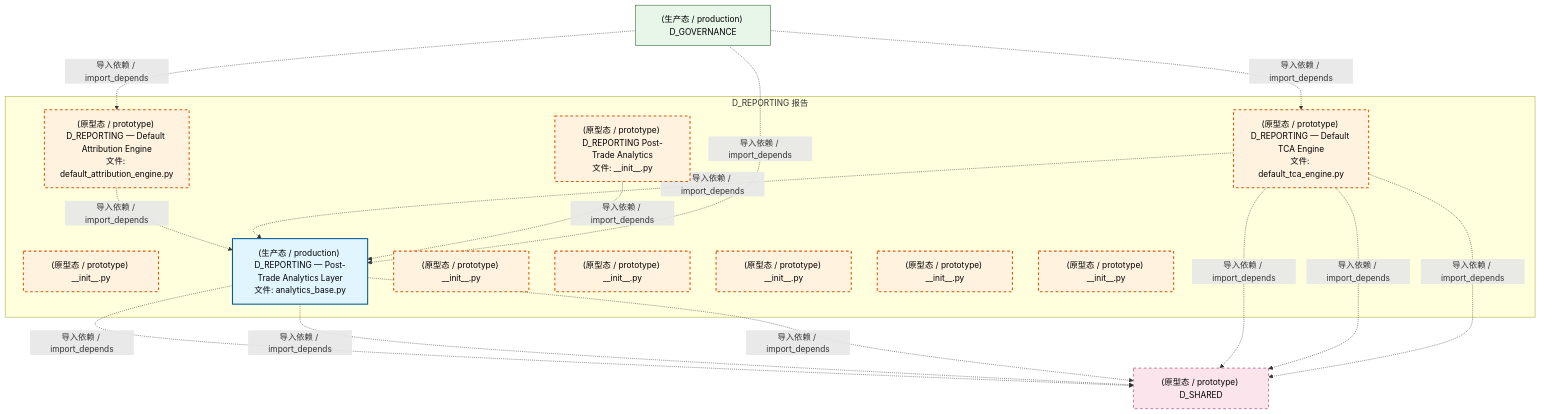
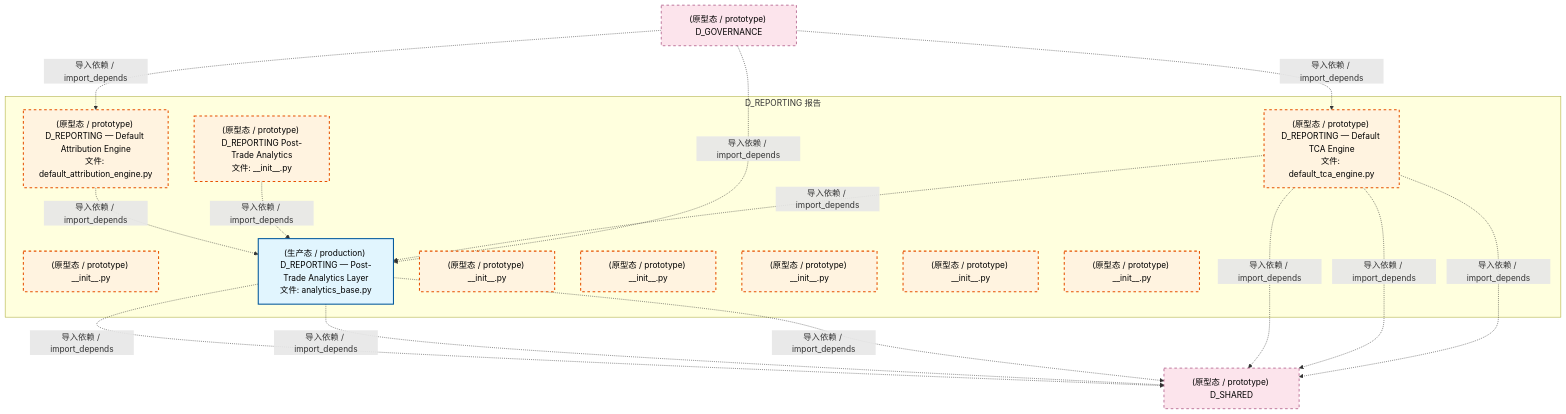
One commit to xuanFelixVan/ZephyrAlpha changed the first of 4 diagrams in docs/02_enterprise_architecture/02_domain_architecture_docs/16_d_reporting.md. Above: the diagram before and after it, drawn with Mermaid. The commit also changed other lines of this file and 99 other files, not shown here.

````diff
--- a/docs/02_enterprise_architecture/02_domain_architecture_docs/16_d_reporting.md
+++ b/docs/02_enterprise_architecture/02_domain_architecture_docs/16_d_reporting.md
@@ -73,37 +73,36 @@
 ```mermaid
 graph TD
     subgraph D_REPORTING["D_REPORTING 报告"]
         src_zephyr_reporting_init_py["(原型态 / prototype) D_REPORTING Post-Trade Analytics<br/>文件: __init__.py"]
         src_zephyr_reporting_extensions_init_py["(原型态 / prototype) __init__.py"]
         src_zephyr_reporting_analytics_base_py["(生产态 / production) D_REPORTING — Post-Trade Analytics Layer<br/>文件: analytics_base.py"]
         src_zephyr_reporting_api_init_py["(原型态 / prototype) __init__.py"]
         src_zephyr_reporting_core_init_py["(原型态 / prototype) __init__.py"]
         src_zephyr_reporting_default_attribution_engine_py["(原型态 / prototype) D_REPORTING — Default Attribution Engine<br/>文件: default_attribution_engine.py"]
         src_zephyr_reporting_default_tca_engine_py["(原型态 / prototype) D_REPORTING — Default TCA Engine<br/>文件: default_tca_engine.py"]
         src_zephyr_reporting_infrastructure_init_py["(原型态 / prototype) __init__.py"]
         src_zephyr_reporting_models_init_py["(原型态 / prototype) __init__.py"]
         src_zephyr_reporting_services_init_py["(原型态 / prototype) __init__.py"]
     end
     src_zephyr_reporting_default_attribution_engine_py -.->|导入依赖 / import_depends| src_zephyr_reporting_analytics_base_py
+    src_zephyr_reporting_init_py -.->|导入依赖 / import_depends| src_zephyr_reporting_analytics_base_py
     src_zephyr_reporting_default_tca_engine_py -.->|导入依赖 / import_depends| src_zephyr_reporting_analytics_base_py
-    src_zephyr_reporting_init_py -.->|导入依赖 / import_depends| src_zephyr_reporting_analytics_base_py
     D_SHARED["(原型态 / prototype) D_SHARED"]
     src_zephyr_reporting_analytics_base_py -.->|导入依赖 / import_depends| D_SHARED
     src_zephyr_reporting_analytics_base_py -.->|导入依赖 / import_depends| D_SHARED
     src_zephyr_reporting_analytics_base_py -.->|导入依赖 / import_depends| D_SHARED
     src_zephyr_reporting_default_tca_engine_py -.->|导入依赖 / import_depends| D_SHARED
     src_zephyr_reporting_default_tca_engine_py -.->|导入依赖 / import_depends| D_SHARED
     src_zephyr_reporting_default_tca_engine_py -.->|导入依赖 / import_depends| D_SHARED
-    D_GOVERNANCE["(生产态 / production) D_GOVERNANCE"]
+    D_GOVERNANCE["(原型态 / prototype) D_GOVERNANCE"]
+    D_GOVERNANCE -.->|导入依赖 / import_depends| src_zephyr_reporting_default_attribution_engine_py
     D_GOVERNANCE -.->|导入依赖 / import_depends| src_zephyr_reporting_default_tca_engine_py
-    D_GOVERNANCE -.->|导入依赖 / import_depends| src_zephyr_reporting_default_attribution_engine_py
     D_GOVERNANCE -.->|导入依赖 / import_depends| src_zephyr_reporting_analytics_base_py
     classDef production fill:#e1f5fe,stroke:#01579b,stroke-width:2px,color:#000
     classDef design fill:#fff3e0,stroke:#e65100,stroke-width:2px,color:#000,stroke-dasharray: 5 5
     classDef external_prod fill:#e8f5e9,stroke:#1b5e20,stroke-width:1px,color:#000
     classDef external_design fill:#fce4ec,stroke:#880e4f,stroke-width:1px,color:#000,stroke-dasharray: 5 5
     class src_zephyr_reporting_analytics_base_py production
     class src_zephyr_reporting_init_py,src_zephyr_reporting_extensions_init_py,src_zephyr_reporting_api_init_py,src_zephyr_reporting_core_init_py,src_zephyr_reporting_default_attribution_engine_py,src_zephyr_reporting_default_tca_engine_py,src_zephyr_reporting_infrastructure_init_py,src_zephyr_reporting_models_init_py,src_zephyr_reporting_services_init_py design
-    class D_GOVERNANCE external_prod
-    class D_SHARED external_design
+    class D_SHARED,D_GOVERNANCE external_design
 ```
````
